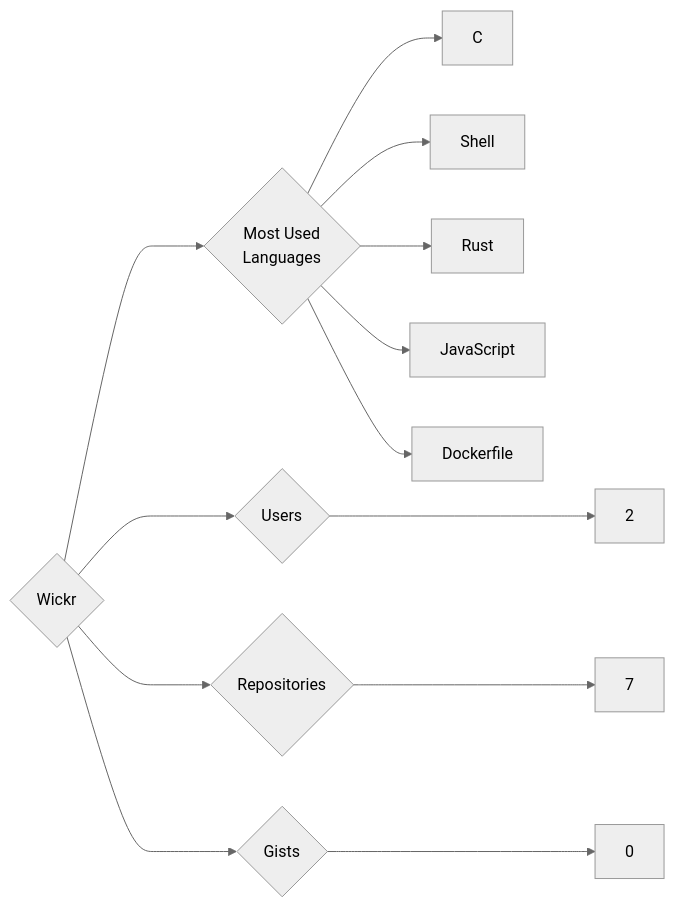
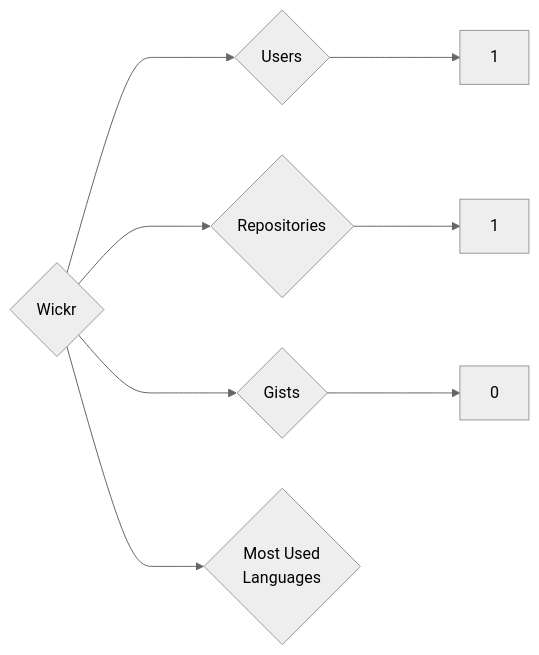
Before and after one commit to trickest/insiders: the diagram in targets/Wickr/README.md, drawn with Mermaid (neutral theme). The commit also changed 976 other files, not shown here.

````diff
--- a/targets/Wickr/README.md
+++ b/targets/Wickr/README.md
@@ -3,13 +3,8 @@
 ```mermaid
 graph LR
 COMPANY_NAME{Wickr}
-COMPANY_NAME ---> U{Users} ---> UN[2]
-COMPANY_NAME ---> R{Repositories} ---> RN[7]
+COMPANY_NAME ---> U{Users} ---> UN[1]
+COMPANY_NAME ---> R{Repositories} ---> RN[1]
 COMPANY_NAME ---> G{Gists} ---> GN[0]
 COMPANY_NAME ---> ML{Most Used<br>Languages}
-ML --> C[C]
-ML --> Shell[Shell]
-ML --> Rust[Rust]
-ML --> JavaScript[JavaScript]
-ML --> Dockerfile[Dockerfile]
 ```
````
